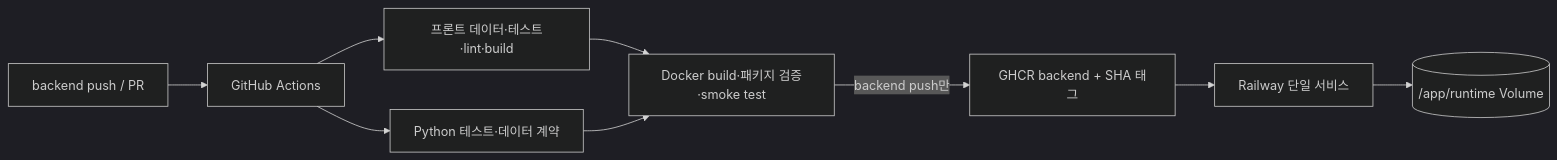
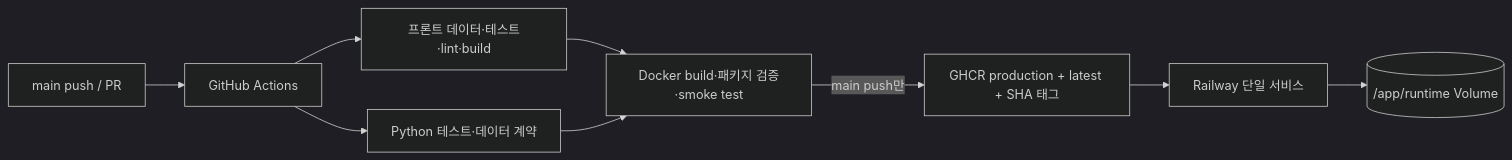
One commit to Westyoon/embulance_score changed the fourth of 4 diagrams in ARCHITECTURE.md. Above: the diagram before and after it, drawn with Mermaid (dark theme). The commit also changed other lines of this file and 11 other files, not shown here.

````diff
--- a/ARCHITECTURE.md
+++ b/ARCHITECTURE.md
@@ -180,10 +180,10 @@
 ```mermaid
 flowchart LR
-    PUSH[backend push / PR] --> CI[GitHub Actions]
+    PUSH[main push / PR] --> CI[GitHub Actions]
     CI --> APP[프론트 데이터·테스트·lint·build]
     CI --> PY[Python 테스트·데이터 계약]
     APP & PY --> IMG[Docker build·패키지 검증·smoke test]
-    IMG -->|backend push만| GHCR[GHCR backend + SHA 태그]
+    IMG -->|main push만| GHCR[GHCR production + latest + SHA 태그]
     GHCR --> RAILWAY[Railway 단일 서비스]
     RAILWAY --> VOL[(/app/runtime Volume)]
 ```
````
